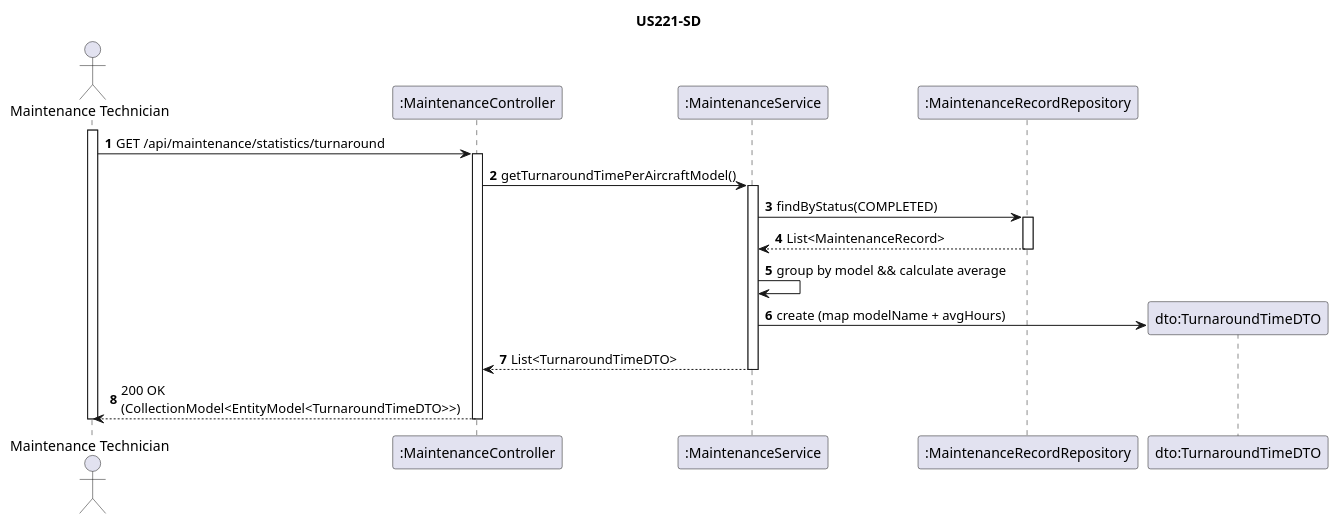
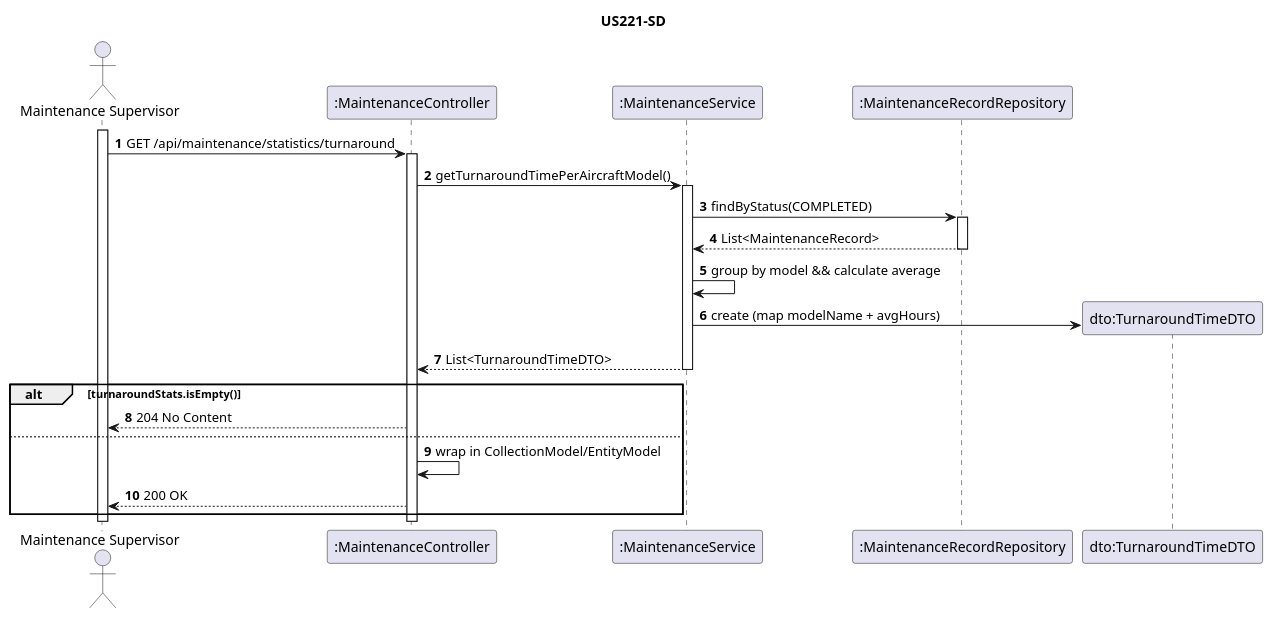
The diagram in docs/WP#4B- Enhanced Maintenance Management/US221/US221-SD.puml (anamartasilvaa/PSOFT_AISafe_Flight), drawn with PlantUML before and after one commit. The commit also changed 12 other files, not shown here.

```diff
--- a/docs/WP#4B- Enhanced Maintenance Management/US221/US221-SD.puml
+++ b/docs/WP#4B- Enhanced Maintenance Management/US221/US221-SD.puml
@@ -1,30 +1,36 @@
 @startuml
 title US221-SD
 autonumber
-actor "Maintenance Technician" as Tech
+actor "Maintenance Supervisor" as Sup
 participant ":MaintenanceController" as Ctrl
 participant ":MaintenanceService" as Service
 participant ":MaintenanceRecordRepository" as Repo
 participant "dto:TurnaroundTimeDTO" as DTO
 
-activate Tech
-Tech -> Ctrl : GET /api/maintenance/statistics/turnaround
+activate Sup
+Sup -> Ctrl : GET /api/maintenance/statistics/turnaround
 activate Ctrl
 
 Ctrl -> Service : getTurnaroundTimePerAircraftModel()
 activate Service
 
 Service -> Repo : findByStatus(COMPLETED)
 activate Repo
 Repo --> Service : List<MaintenanceRecord>
 deactivate Repo
 
 Service -> Service : group by model && calculate average
 Service -> DTO ** : create (map modelName + avgHours)
 Service --> Ctrl : List<TurnaroundTimeDTO>
 deactivate Service
 
-Ctrl --> Tech : 200 OK\n(CollectionModel<EntityModel<TurnaroundTimeDTO>>)
+alt turnaroundStats.isEmpty()
+    Ctrl --> Sup : 204 No Content
+else
+    Ctrl -> Ctrl : wrap in CollectionModel/EntityModel
+    Ctrl --> Sup : 200 OK
+end
+
 deactivate Ctrl
-deactivate Tech
+deactivate Sup
 @enduml
```
